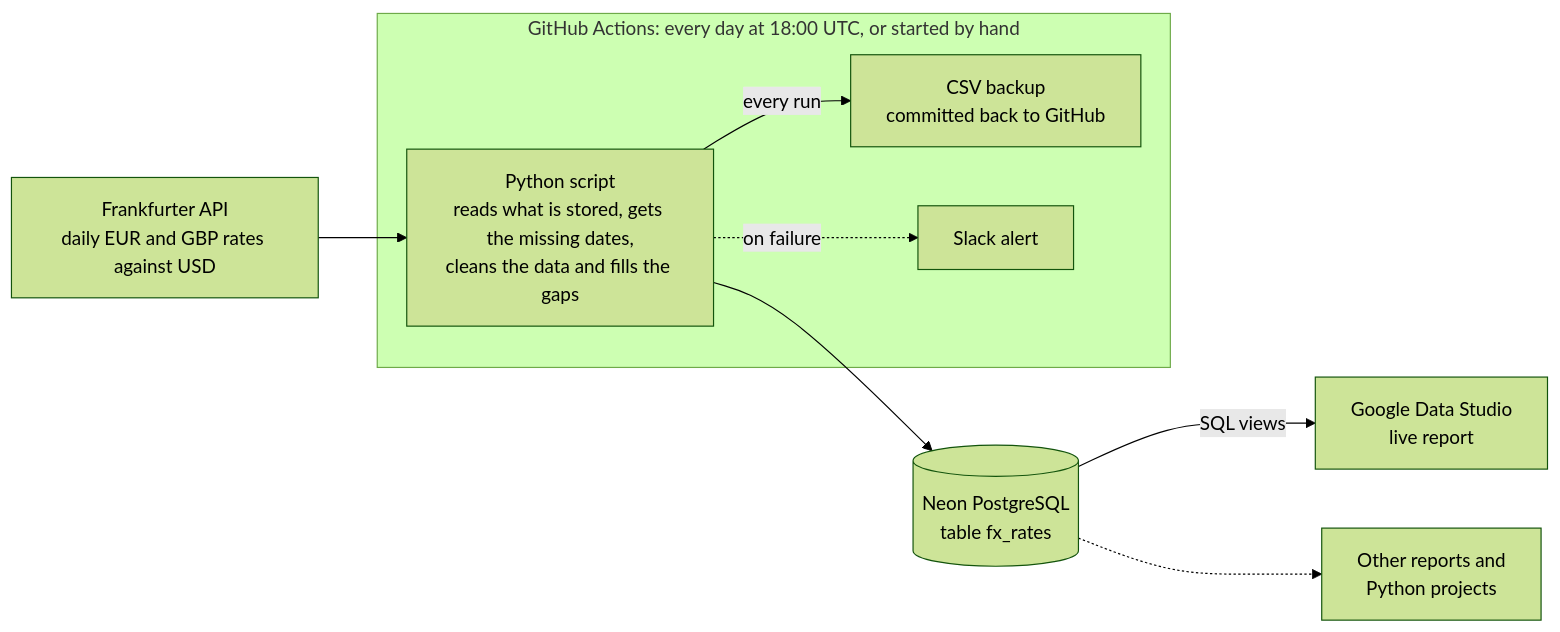
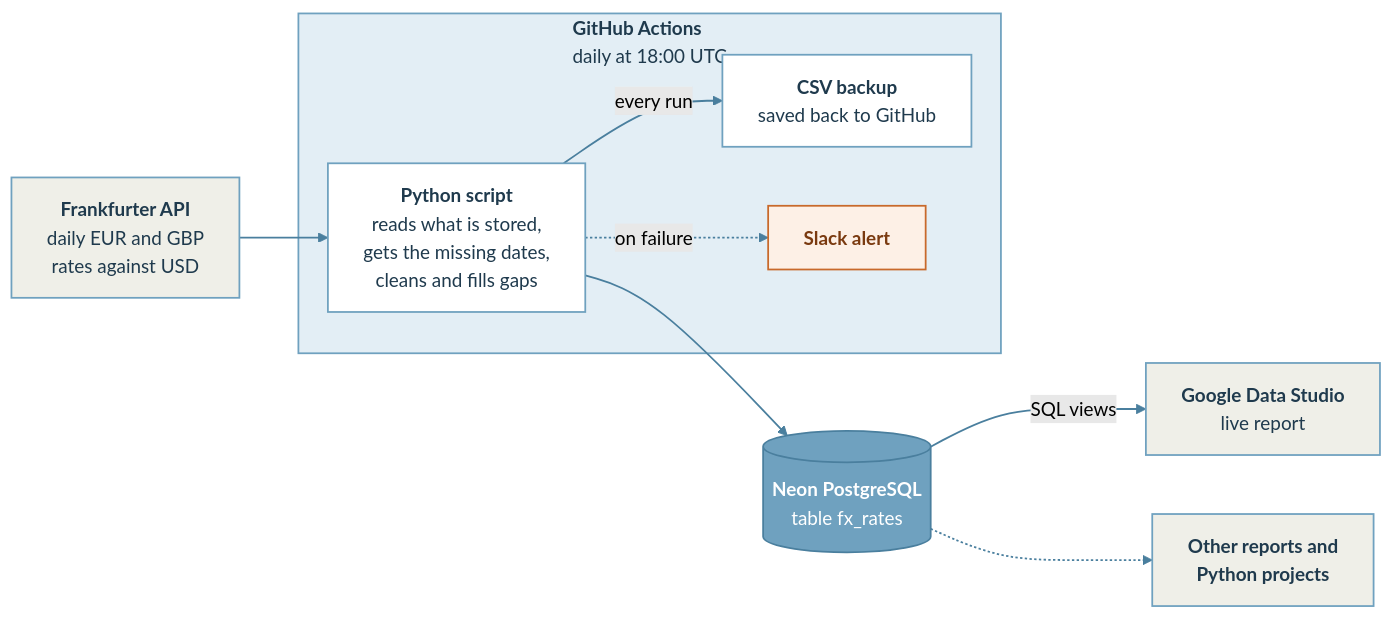
One commit to sgarciapuga/Work_Portfolio changed the diagram in daily-fx-rates/report.qmd. Above: the diagram before and after it, drawn with Mermaid (forest theme). The commit also changed other lines of this file and 4 other files, not shown here.

Commit message:
quarto - updated mermaid flow on daily fx rates

````diff
--- a/daily-fx-rates/report.qmd
+++ b/daily-fx-rates/report.qmd
@@ -43,15 +43,27 @@
 ```{mermaid}
 %%| fig-cap: "End-to-end flow: get rates, clean and fill gaps, save the CSV backup, update the database, refresh the report."
+%%| fig-alt: "The Frankfurter API feeds a Python script that runs in GitHub Actions every day at 18:00 UTC or by hand. On every run the script saves a CSV backup back to GitHub, and on failure it sends a Slack alert. The script upserts rates into the fx_rates table in Neon PostgreSQL, which Google Data Studio reads through SQL views. Other reports and Python projects can read the same table."
 flowchart LR
-  API["Frankfurter API<br/>daily EUR and GBP rates against USD"] --> PY
+  API["<b>Frankfurter API</b><br/>daily EUR and GBP<br/>rates against USD"] --> PY
 
-  subgraph GHA["GitHub Actions: every day at 18:00 UTC, or started by hand"]
-    PY["Python script<br/>reads what is stored, gets the missing dates,<br/>cleans the data and fills the gaps"]
-    PY -->|every run| CSV["CSV backup<br/>committed back to GitHub"]
-    PY -.->|on failure| SLACK["Slack alert"]
+  subgraph GHA["<b>GitHub Actions</b><br/>daily at 18:00 UTC"]
+    PY["<b>Python script</b><br/>reads what is stored,<br/>gets the missing dates,<br/>cleans and fills gaps"]
+    PY -->|every run| CSV["<b>CSV backup</b><br/>saved back to GitHub"]
+    PY -.->|on failure| SLACK["<b>Slack alert</b>"]
   end
 
-  PY --> DB[("Neon PostgreSQL<br/>table fx_rates")]
-  DB -->|SQL views| DS["Google Data Studio<br/>live report"]
-  DB -.-> OTHER["Other reports and<br/>Python projects"]
+  PY --> DB[("<b>Neon PostgreSQL</b><br/>table fx_rates")]
+  DB -->|SQL views| DS["<b>Google Data Studio</b><br/>live report"]
+  DB -.-> OTHER["<b>Other reports and</b><br/><b>Python projects</b>"]
+
+  classDef ext fill:#EFEFE8,stroke:#6FA1BF,stroke-width:1.5px,color:#1F3A4D
+  classDef job fill:#FFFFFF,stroke:#6FA1BF,stroke-width:1.5px,color:#1F3A4D
+  classDef store fill:#6FA1BF,stroke:#4A7F9E,stroke-width:1.5px,color:#FFFFFF
+  classDef alert fill:#FDF0E6,stroke:#C8692B,stroke-width:1.5px,color:#7A3A10
+  class API,DS,OTHER ext
+  class PY,CSV job
+  class DB store
+  class SLACK alert
+  style GHA fill:#E3EEF5,stroke:#6FA1BF,stroke-width:1.5px,color:#1F3A4D
+  linkStyle default stroke:#4A7F9E,stroke-width:1.5px
 ```
````
